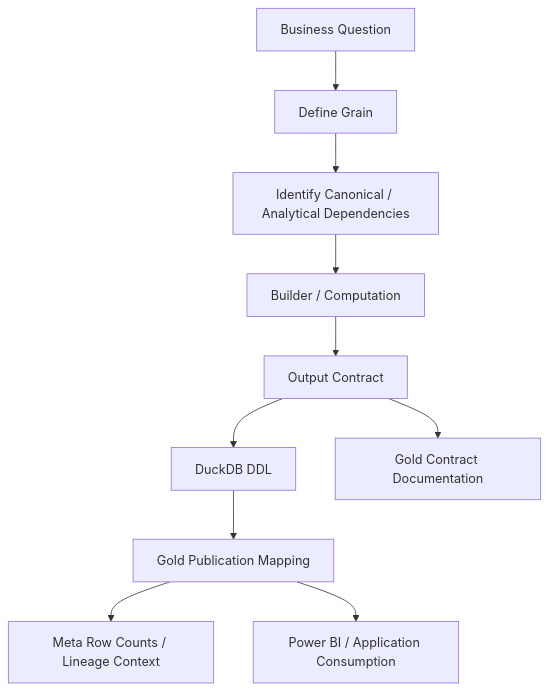
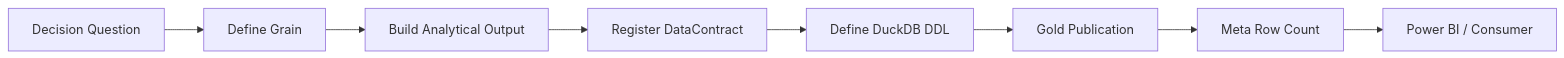
The diagram in docs/developer/adding-gold-marts.md (tks18/personal-finance-etl), drawn with Mermaid before and after one commit. The commit also changed other lines of this file and 3 other files, not shown here.

````diff
--- a/docs/developer/adding-gold-marts.md
+++ b/docs/developer/adding-gold-marts.md
@@ -37,12 +9,10 @@
 ```mermaid
-flowchart TB
-    Q["Business Question"] --> G["Define Grain"]
-    G --> DEP["Identify Canonical / Analytical Dependencies"]
-    DEP --> BUILD["Builder / Computation"]
-    BUILD --> CONTRACT["Output Contract"]
-    CONTRACT --> DDL["DuckDB DDL"]
-    DDL --> MAP["Gold Publication Mapping"]
-    MAP --> META["Meta Row Counts / Lineage Context"]
-    MAP --> BI["Power BI / Application Consumption"]
-    CONTRACT --> DOC["Gold Contract Documentation"]
+flowchart LR
+    Q["Decision Question"] --> G["Define Grain"]
+    G --> B["Build Analytical Output"]
+    B --> REG["Register DataContract"]
+    REG --> DDL["Define DuckDB DDL"]
+    DDL --> LOAD["Gold Publication"]
+    LOAD --> META["Meta Row Count"]
+    META --> BI["Power BI / Consumer"]
 ```
````
